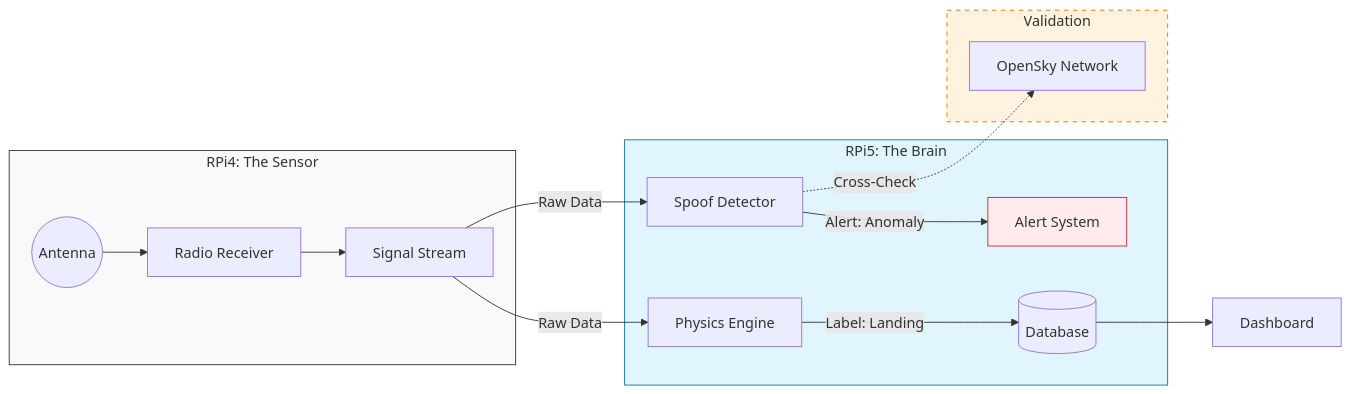
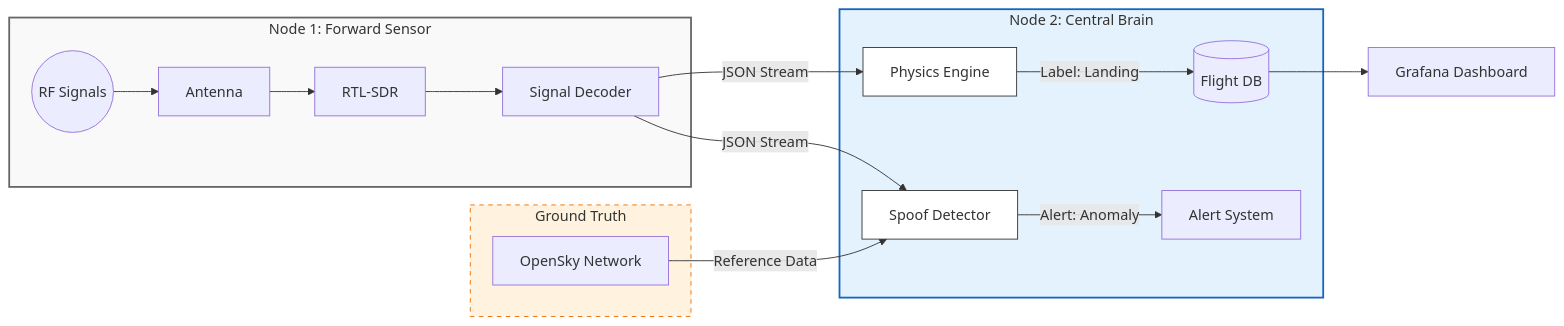
Before and after one commit to rwiren/central-brain: the diagram in README.md, drawn with Mermaid. The commit also changed other lines of this file, not shown here.

Commit message:
Docs: Updated hardware specs and corrected data flow diagram

````diff
--- a/README.md
+++ b/README.md
@@ -20,31 +35,34 @@
 ```mermaid
 graph LR
-    %% 1. Sensing Layer
-    subgraph SENSOR [RPi4: The Sensor]
-        ANT((Antenna)) --> SDR[Radio Receiver]
-        SDR --> DECODER[Signal Stream]
+    %% 1. Sensing Layer (RPi 4)
+    subgraph SENSOR [Node 1: Forward Sensor]
+        AIR((RF Signals)) --> ANT[Antenna]
+        ANT --> SDR[RTL-SDR]
+        SDR --> READSB[Signal Decoder]
     end
 
-    %% 2. Intelligence Layer
-    subgraph BRAIN [RPi5: The Brain]
-        DECODER -->|Raw Data| PHYSICS[Physics Engine]
-        DECODER -->|Raw Data| DETECT[Spoof Detector]
+    %% 2. Intelligence Layer (RPi 5)
+    subgraph BRAIN [Node 2: Central Brain]
+        READSB -->|JSON Stream| LOGIC[Physics Engine]
+        READSB -->|JSON Stream| SPOOF[Spoof Detector]
         
-        PHYSICS -->|Label: Landing| DB[(Database)]
-        DETECT -->|Alert: Anomaly| ALERT[Alert System]
+        LOGIC -->|Label: Landing| DB[(Flight DB)]
+        SPOOF -->|Alert: Anomaly| ALERT[Alert System]
     end
 
-    %% 3. Validation Layer
-    subgraph CLOUD [Validation]
-        DETECT -.->|Cross-Check| OPENSKY[OpenSky Network]
+    %% 3. Validation Layer (Cloud)
+    subgraph CLOUD [Ground Truth]
+        OPENSKY[OpenSky Network]
     end
 
-    %% 4. Visualization
-    DB --> DASH[Dashboard]
+    %% 4. Data Connections
+    OPENSKY -->|Reference Data| SPOOF
+    DB --> DASH[Grafana Dashboard]
 
-    %% Styling
-    style SENSOR fill:#f9f9f9,stroke:#333
-    style BRAIN fill:#e1f5fe,stroke:#0277bd
+    %% Styling to make it readable
+    style SENSOR fill:#f9f9f9,stroke:#666,stroke-width:2px
+    style BRAIN fill:#e3f2fd,stroke:#1565c0,stroke-width:2px
     style CLOUD fill:#fff3e0,stroke:#ef6c00,stroke-dasharray: 5 5
-    style ALERT fill:#ffebee,stroke:#c62828
+    style LOGIC fill:#fff,stroke:#333
+    style SPOOF fill:#fff,stroke:#333
 ```
````
